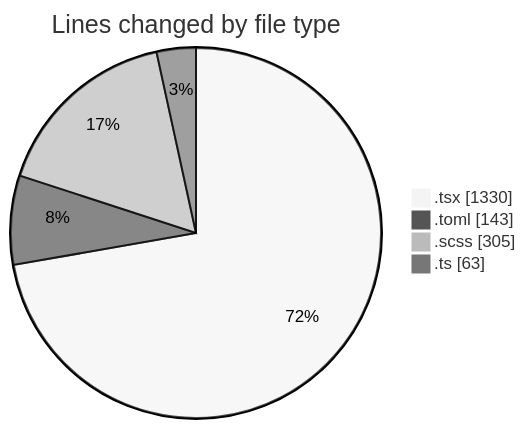
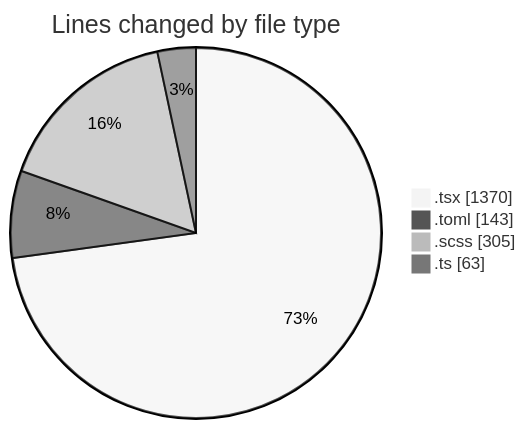
One commit to momahboobian/code-tracking changed the first of 2 diagrams in 2026-11-02/cda/README.md. Above: the diagram before and after it, drawn with Mermaid (neutral theme). The commit also changed other lines of this file and 1 other file, not shown here.

````diff
--- a/2026-11-02/cda/README.md
+++ b/2026-11-02/cda/README.md
@@ -29,8 +29,8 @@
 ```mermaid
 pie showData
 title Lines changed by file type
-".tsx" : 1330
+".tsx" : 1370
 ".toml" : 143
 ".scss" : 305
 ".ts" : 63
 ```
````
